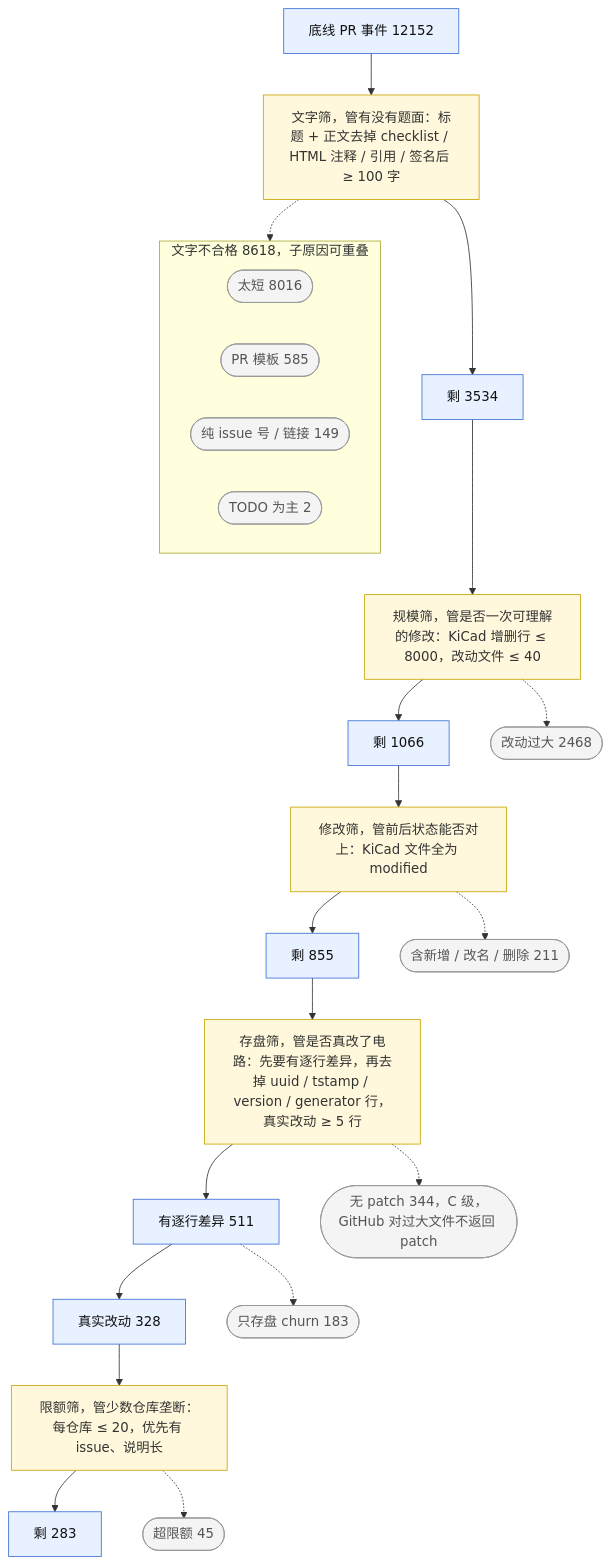
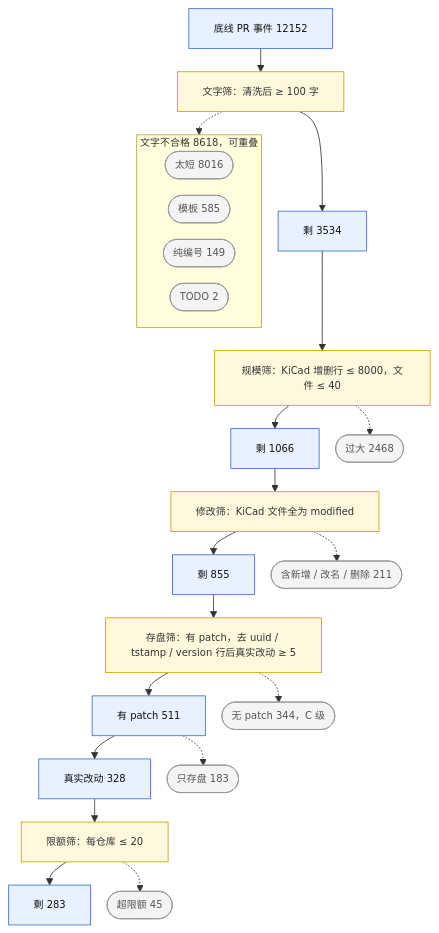
One commit to Xiafyjck/github_kicad_project_scout changed the fourth of 5 diagrams in reports/progress_report.md. Above: the diagram before and after it, drawn with Mermaid. The commit also changed other lines of this file, not shown here.

Commit message:
reports: shorter labels and 12px font in all figures

````diff
--- a/reports/progress_report.md
+++ b/reports/progress_report.md
@@ -210,33 +214,36 @@
 ```mermaid
+%%{init: {'themeVariables': {'fontSize': '12px'}, 'flowchart': {'nodeSpacing': 20, 'rankSpacing': 28}}}%%
 flowchart TB
     classDef exit fill:#f4f4f4,stroke:#999,color:#555
     classDef keep fill:#e8f1ff,stroke:#3b6fd6,color:#111
+    classDef src fill:#f3e8ff,stroke:#7c4dbd,color:#111
     classDef rule fill:#fff8dc,stroke:#c9a400,color:#333
+    classDef final fill:#e6f7e6,stroke:#2e8b57,color:#111
 
     P3[底线 PR 事件 12152]:::keep
-    P3 --> Rb[文字筛，管有没有题面：标题 + 正文去掉 checklist / HTML 注释 / 引用 / 签名后 ≥ 100 字]:::rule
+    P3 --> Rb[文字筛：清洗后 ≥ 100 字]:::rule
     Rb --> P4[剩 3534]:::keep
-    P4 --> Rc[规模筛，管是否一次可理解的修改：KiCad 增删行 ≤ 8000，改动文件 ≤ 40]:::rule
+    P4 --> Rc[规模筛：KiCad 增删行 ≤ 8000，文件 ≤ 40]:::rule
     Rc --> P5[剩 1066]:::keep
-    P5 --> Rd[修改筛，管前后状态能否对上：KiCad 文件全为 modified]:::rule
+    P5 --> Rd[修改筛：KiCad 文件全为 modified]:::rule
     Rd --> P6[剩 855]:::keep
-    P6 --> Re[存盘筛，管是否真改了电路：先要有逐行差异，再去掉 uuid / tstamp / version / generator 行，真实改动 ≥ 5 行]:::rule
-    Re --> P7[有逐行差异 511]:::keep
+    P6 --> Re[存盘筛：有 patch，去 uuid / tstamp / version 行后真实改动 ≥ 5]:::rule
+    Re --> P7[有 patch 511]:::keep
     P7 --> P8[真实改动 328]:::keep
-    P8 --> Rf[限额筛，管少数仓库垄断：每仓库 ≤ 20，优先有 issue、说明长]:::rule
+    P8 --> Rf[限额筛：每仓库 ≤ 20]:::rule
     Rf --> P9[剩 283]:::keep
 
-    subgraph TX[文字不合格 8618，子原因可重叠]
+    subgraph TX[文字不合格 8618，可重叠]
         direction LR
         PX4a([太短 8016]):::exit
-        PX4b([PR 模板 585]):::exit
-        PX4c([纯 issue 号 / 链接 149]):::exit
-        PX4d([TODO 为主 2]):::exit
+        PX4b([模板 585]):::exit
+        PX4c([纯编号 149]):::exit
+        PX4d([TODO 2]):::exit
     end
     Rb -.-> TX
-    Rc -.-> PX5([改动过大 2468]):::exit
+    Rc -.-> PX5([过大 2468]):::exit
     Rd -.-> PX6([含新增 / 改名 / 删除 211]):::exit
-    Re -.-> PX7([无 patch 344，C 级，GitHub 对过大文件不返回 patch]):::exit
-    P7 -.-> PX8([只存盘 churn 183]):::exit
+    Re -.-> PX7([无 patch 344，C 级]):::exit
+    P7 -.-> PX8([只存盘 183]):::exit
     Rf -.-> PX9([超限额 45]):::exit
 ```
````
